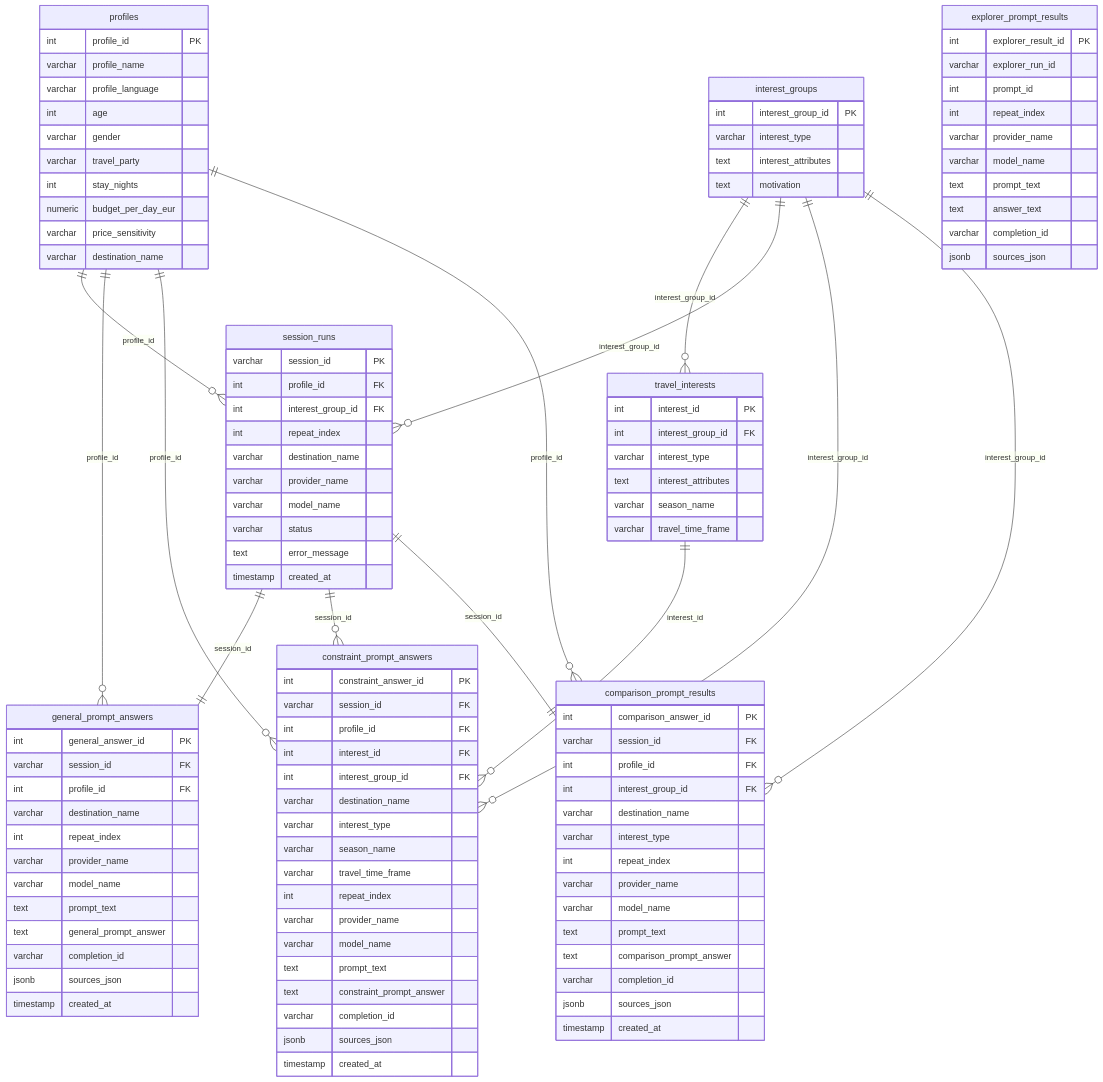
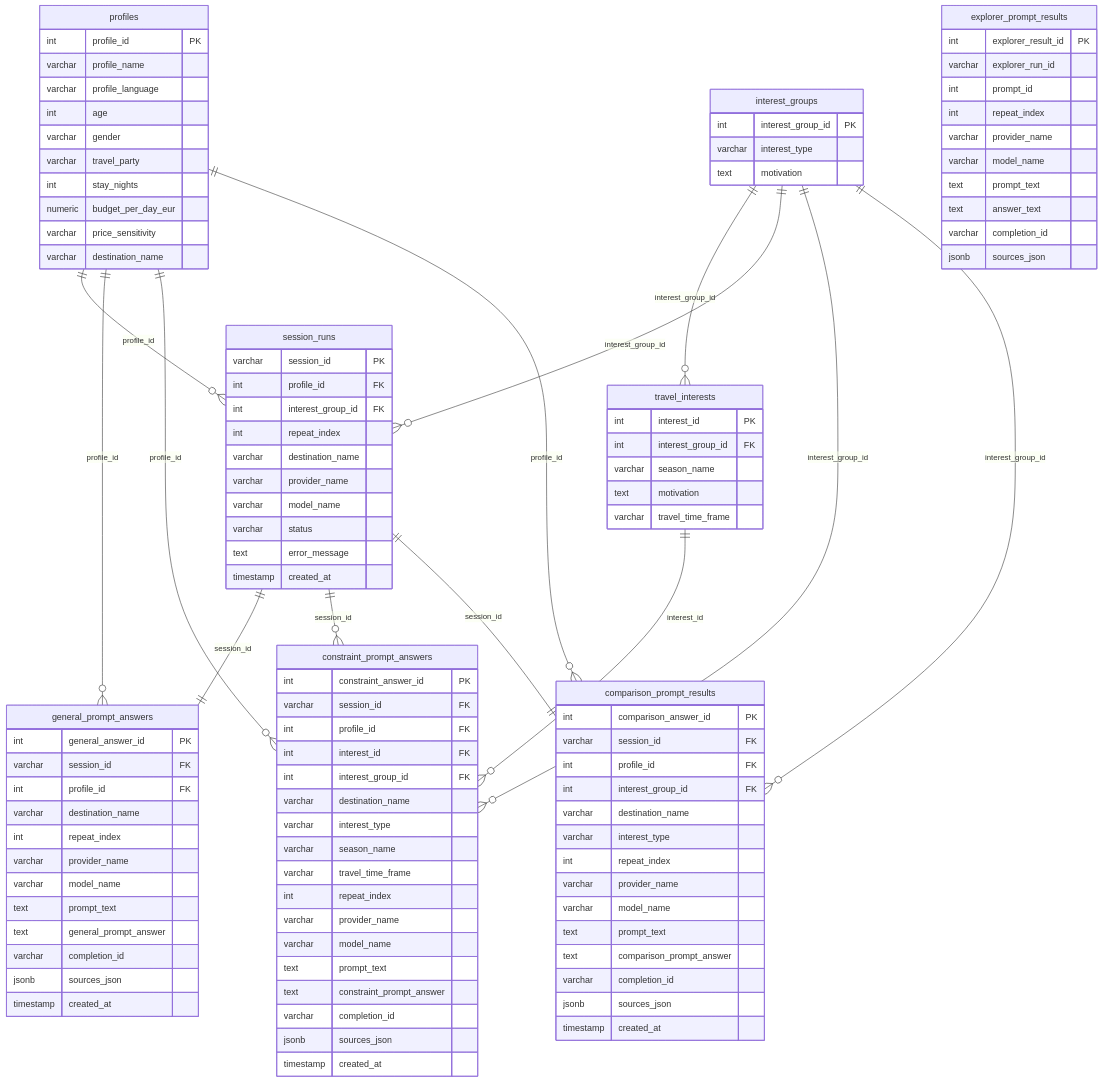
The diagram in README.md (Europeanbeat/Digitalis_AI_Index), drawn with Mermaid before and after one commit. The commit also changed other lines of this file and 16 other files, not shown here.

```diff
--- a/README.md
+++ b/README.md
@@ -847,15 +847,13 @@
     interest_groups {
         int interest_group_id PK
         varchar interest_type
-        text interest_attributes
         text motivation
     }
     travel_interests {
         int interest_id PK
         int interest_group_id FK
-        varchar interest_type
-        text interest_attributes
         varchar season_name
+        text motivation
         varchar travel_time_frame
     }
     session_runs {
```
